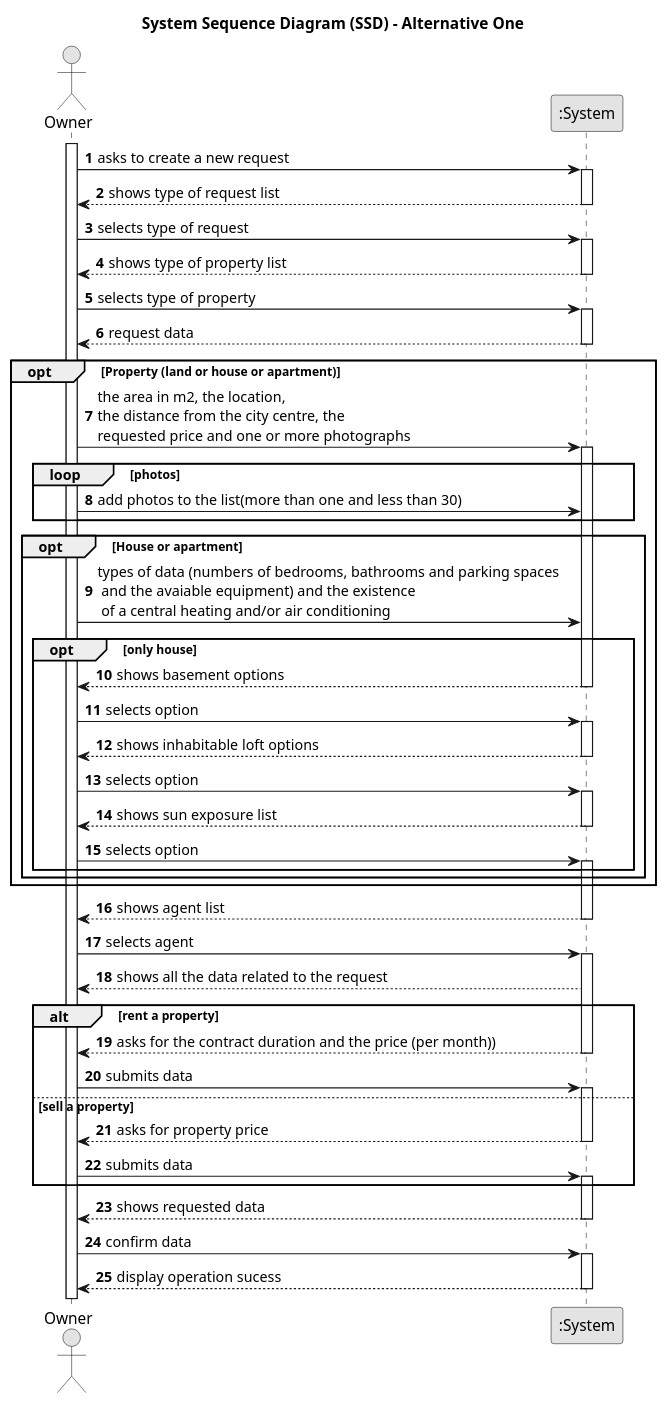
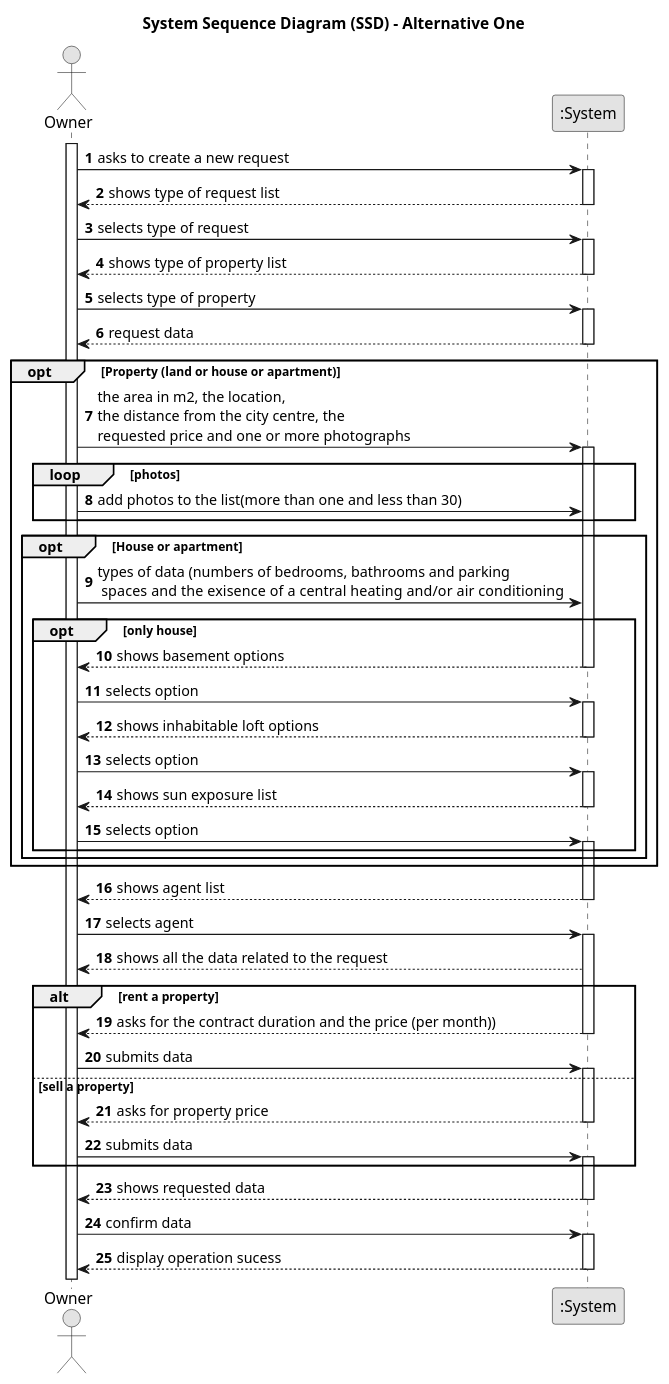
One commit to Rodrick0209/ISEP-LAPR2-22-23 changed the diagram in docs/Sprint-B/US004/01.requirements-engineering/puml/us004-system-sequence-diagram-alternative-one.puml. Above: the diagram before and after it, drawn with PlantUML. The commit also changed 18 other files, not shown here.

```diff
--- a/docs/Sprint-B/US004/01.requirements-engineering/puml/us004-system-sequence-diagram-alternative-one.puml
+++ b/docs/Sprint-B/US004/01.requirements-engineering/puml/us004-system-sequence-diagram-alternative-one.puml
@@ -1,112 +1,112 @@
 @startuml
 skinparam monochrome true
 skinparam packageStyle rectangle
 skinparam shadowing false
 
 title System Sequence Diagram (SSD) - Alternative One
 
 autonumber
 
 actor "Owner" as Employee
 participant ":System" as System
 
 activate Employee
 
     Employee -> System : asks to create a new request
     activate System
 
         System --> Employee : shows type of request list
     deactivate System
 
     Employee -> System : selects type of request
     activate System
 
         System --> Employee : shows type of property list
 
     deactivate System
 
     Employee -> System : selects type of property
 
     activate System
 
         System --> Employee : request data
     deactivate System
 
 opt Property (land or house or apartment)
 
    Employee -> System : the area in m2, the location,\nthe distance from the city centre, the\nrequested price and one or more photographs
     activate System
 
     loop photos
     Employee -> System : add photos to the list(more than one and less than 30)
     end
 
 opt House or apartment
 
-    Employee -> System : types of data (numbers of bedrooms, bathrooms and parking spaces \n and the avaiable equipment) and the existence \n of a central heating and/or air conditioning
+    Employee -> System : types of data (numbers of bedrooms, bathrooms and parking\n spaces  and the exisence  of a central heating and/or air conditioning
 
 
 opt only house
       System --> Employee : shows basement options
       deactivate System
 
 
       Employee -> System : selects option
       activate System
 
     System --> Employee : shows inhabitable loft options
       deactivate System
 
 
       Employee -> System :  selects option
 
       activate System
 
             System --> Employee :shows sun exposure list
       deactivate System
 
       Employee -> System :selects option
       activate System
 
 end
 end
 end
 
 
      activate System
 
         System --> Employee : shows agent list
     deactivate System
 
     Employee -> System :  selects agent
 
      activate System
 
         System --> Employee : shows all the data related to the request
 
 
     alt rent a property
             System --> Employee : asks for the contract duration and the price (per month))
          deactivate System
             Employee -> System : submits data
             activate System
          else       sell a property
             System --> Employee : asks for property price
             deactivate System
             Employee -> System : submits data
             activate System
 
          end
 
     System --> Employee: shows requested data
 
     deactivate System
 
      Employee -> System : confirm data
 
      activate System
 
             System --> Employee : display operation sucess
      deactivate System
 
 @enduml
```
